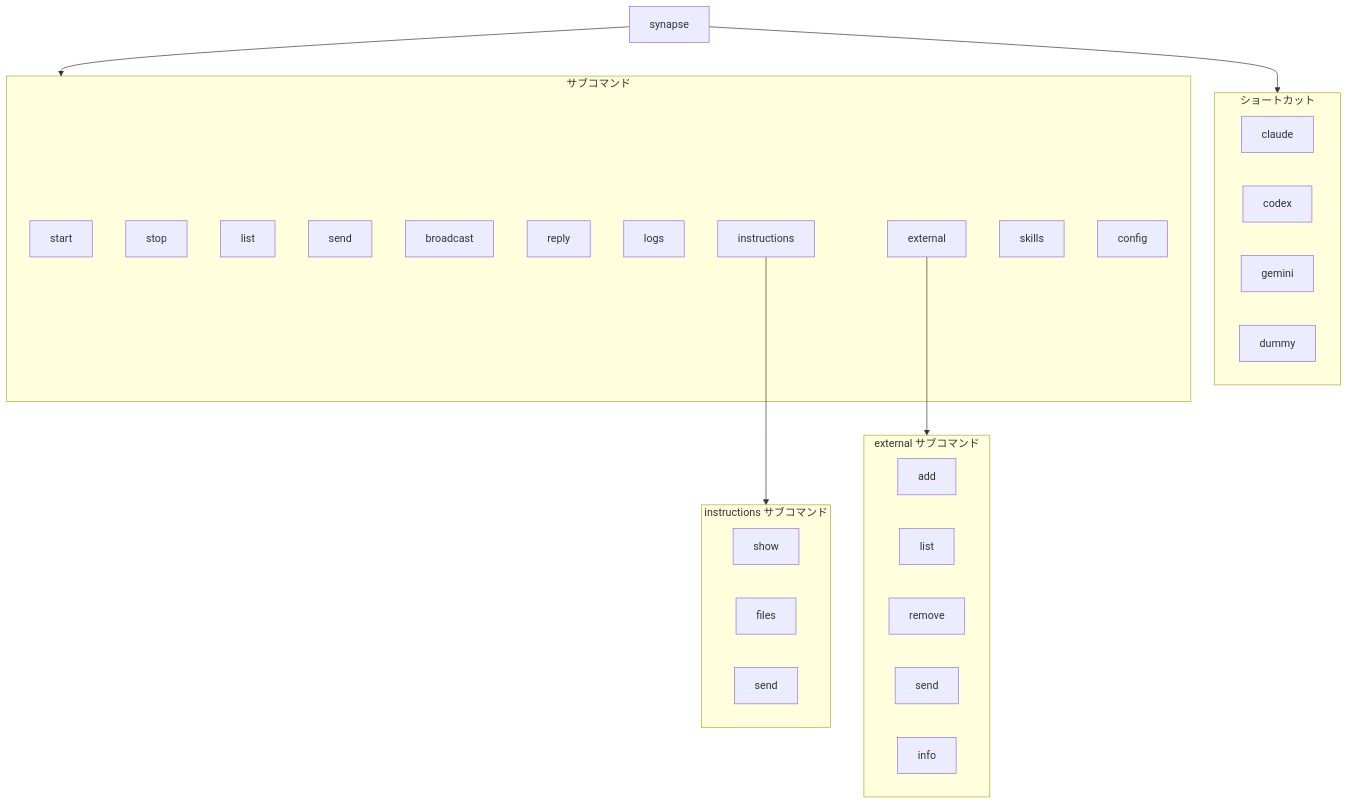
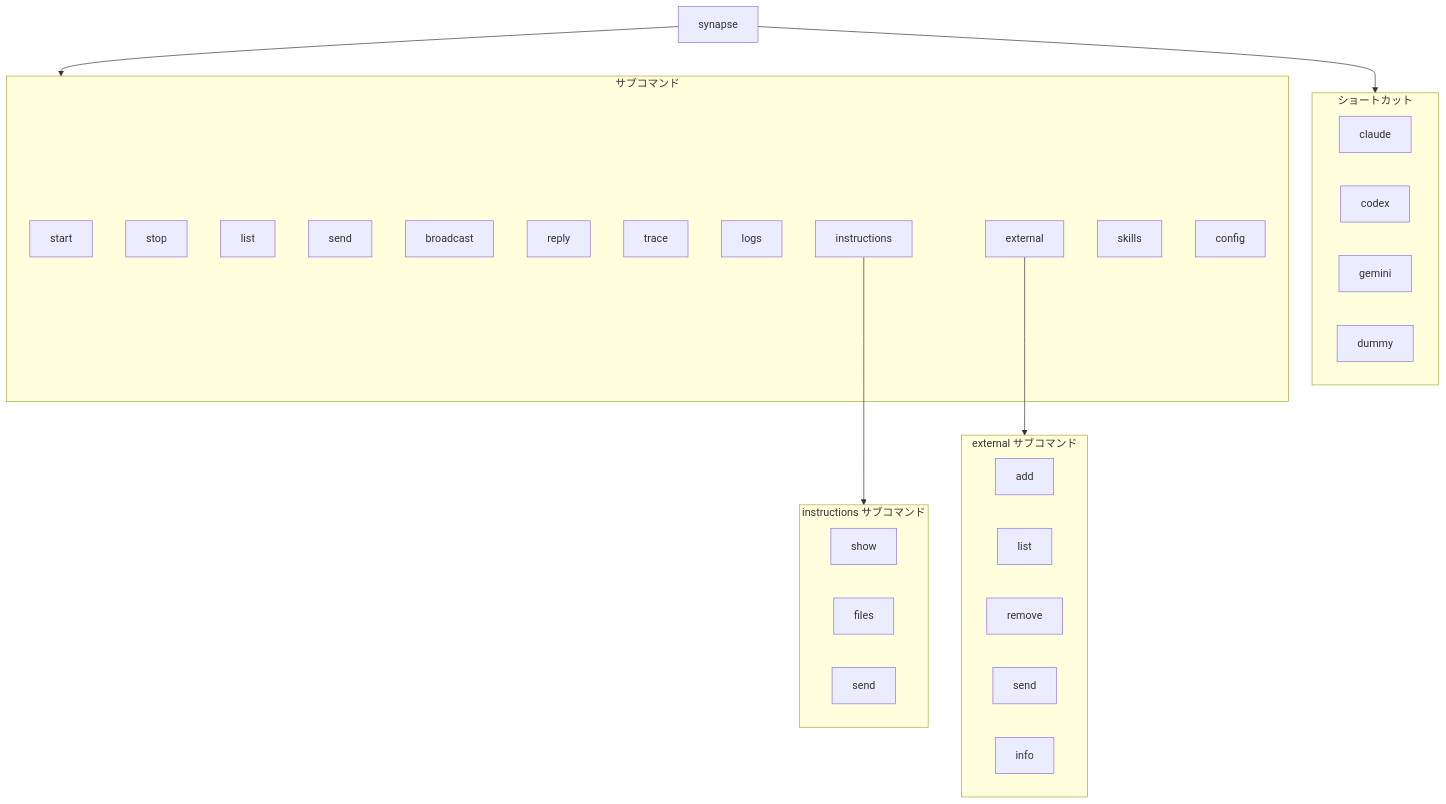
Before and after one commit to s-hiraoku/synapse-a2a: the first of 3 diagrams in guides/references.md, drawn with Mermaid. The commit also changed other lines of this file and 4 other files, not shown here.

````diff
--- a/guides/references.md
+++ b/guides/references.md
@@ -11,44 +11,45 @@
 ```mermaid
 flowchart TB
     synapse["synapse"]
 
     subgraph Shortcuts["ショートカット"]
         claude["claude"]
         codex["codex"]
         gemini["gemini"]
         dummy["dummy"]
     end
 
     subgraph Commands["サブコマンド"]
         start["start"]
         stop["stop"]
         list["list"]
         send["send"]
         broadcast["broadcast"]
         reply["reply"]
+        trace["trace"]
         logs["logs"]
         instructions["instructions"]
         external["external"]
         skills["skills"]
         config["config"]
     end
 
     subgraph Instructions["instructions サブコマンド"]
         inst_show["show"]
         inst_files["files"]
         inst_send["send"]
     end
 
     subgraph External["external サブコマンド"]
         ext_add["add"]
         ext_list["list"]
         ext_remove["remove"]
         ext_send["send"]
         ext_info["info"]
     end
 
     synapse --> Shortcuts
     synapse --> Commands
     instructions --> Instructions
     external --> External
 ```
````
